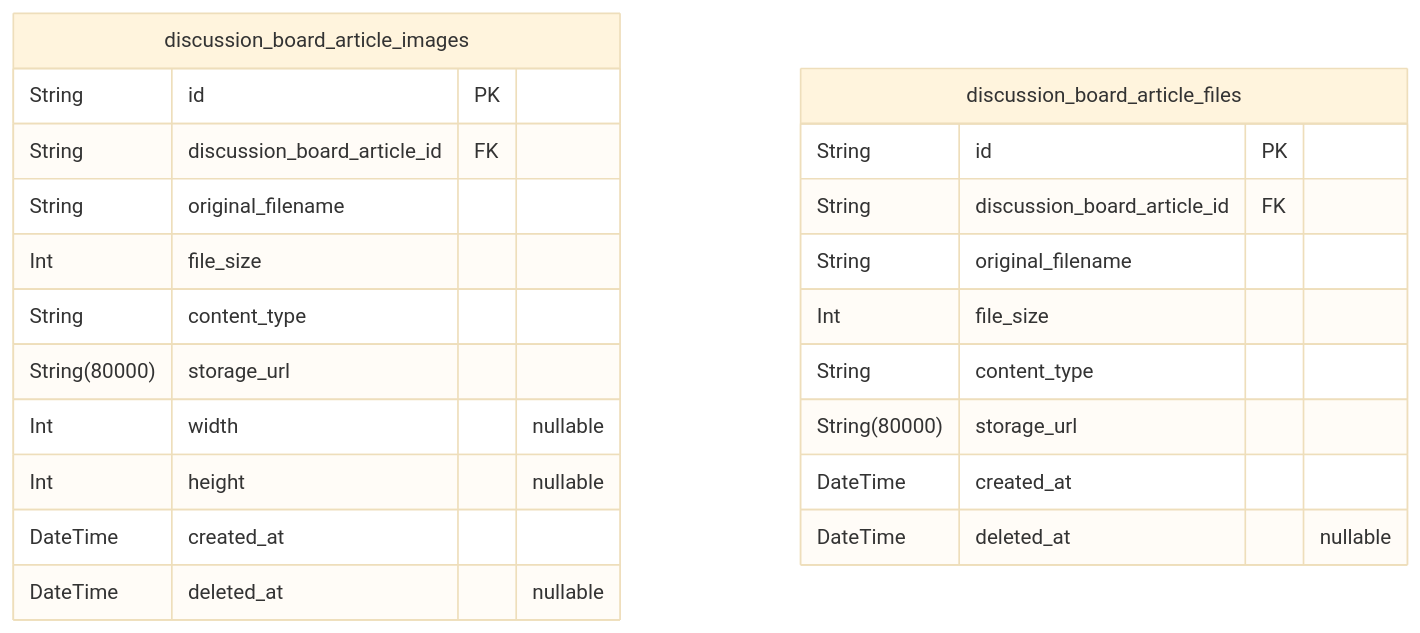
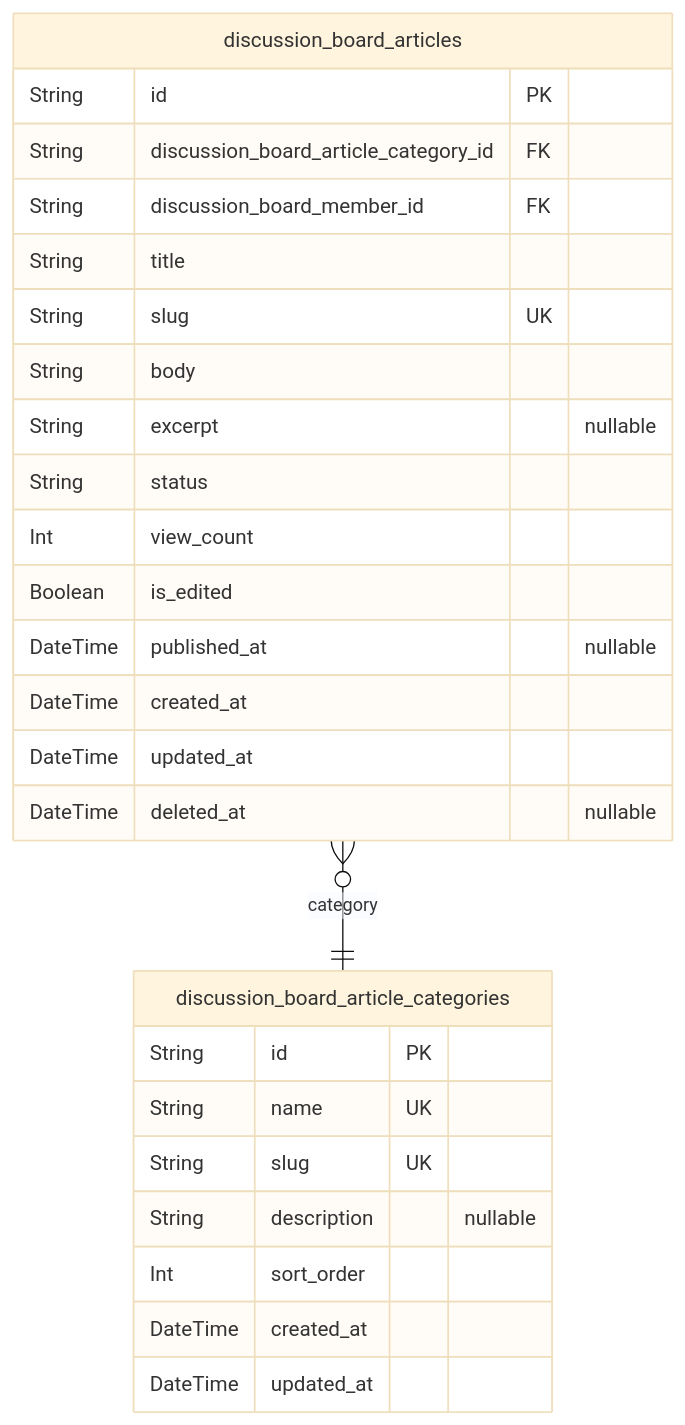
The second of 4 diagrams in anthropic/claude-sonnet-4.5/bbs/docs/ERD.md (wrtnlabs/autobe-examples), drawn with Mermaid (base theme) before and after one commit. The commit also changed other lines of this file and 3569 other files, not shown here.

````diff
--- a/anthropic/claude-sonnet-4.5/bbs/docs/ERD.md
+++ b/anthropic/claude-sonnet-4.5/bbs/docs/ERD.md
@@ -300,25 +473,29 @@
 ```mermaid
 erDiagram
-"discussion_board_article_images" {
+"discussion_board_article_categories" {
   String id PK
-  String discussion_board_article_id FK
-  String original_filename
-  Int file_size
-  String content_type
-  String(80000) storage_url
-  Int width "nullable"
-  Int height "nullable"
+  String name UK
+  String slug UK
+  String description "nullable"
+  Int sort_order
   DateTime created_at
+  DateTime updated_at
+}
+"discussion_board_articles" {
+  String id PK
+  String discussion_board_article_category_id FK
+  String discussion_board_member_id FK
+  String title
+  String slug UK
+  String body
+  String excerpt "nullable"
+  String status
+  Int view_count
+  Boolean is_edited
+  DateTime published_at "nullable"
+  DateTime created_at
+  DateTime updated_at
   DateTime deleted_at "nullable"
 }
-"discussion_board_article_files" {
-  String id PK
-  String discussion_board_article_id FK
-  String original_filename
-  Int file_size
-  String content_type
-  String(80000) storage_url
-  DateTime created_at
-  DateTime deleted_at "nullable"
-}
+"discussion_board_articles" }o--|| "discussion_board_article_categories" : category
 ```
````
